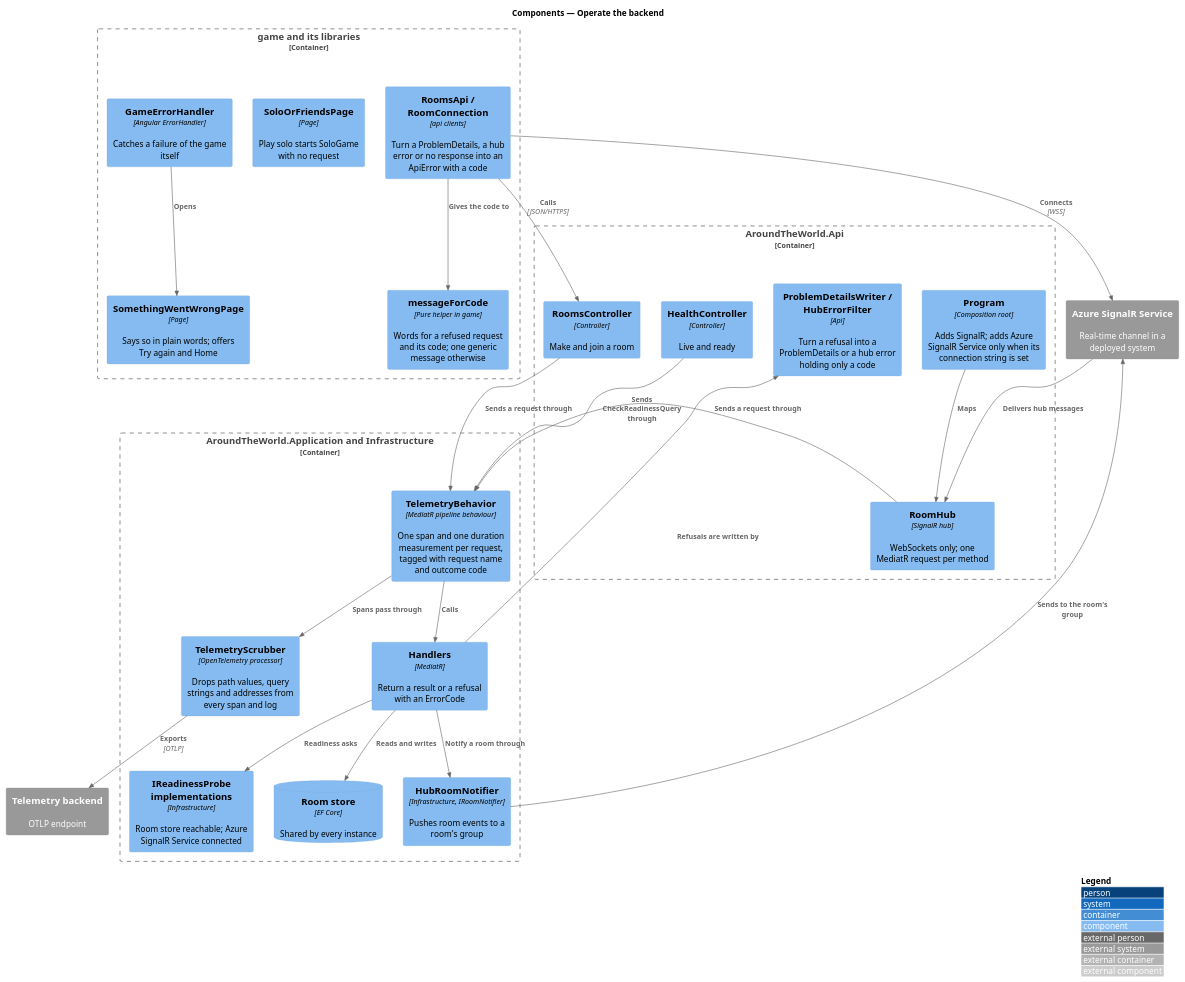
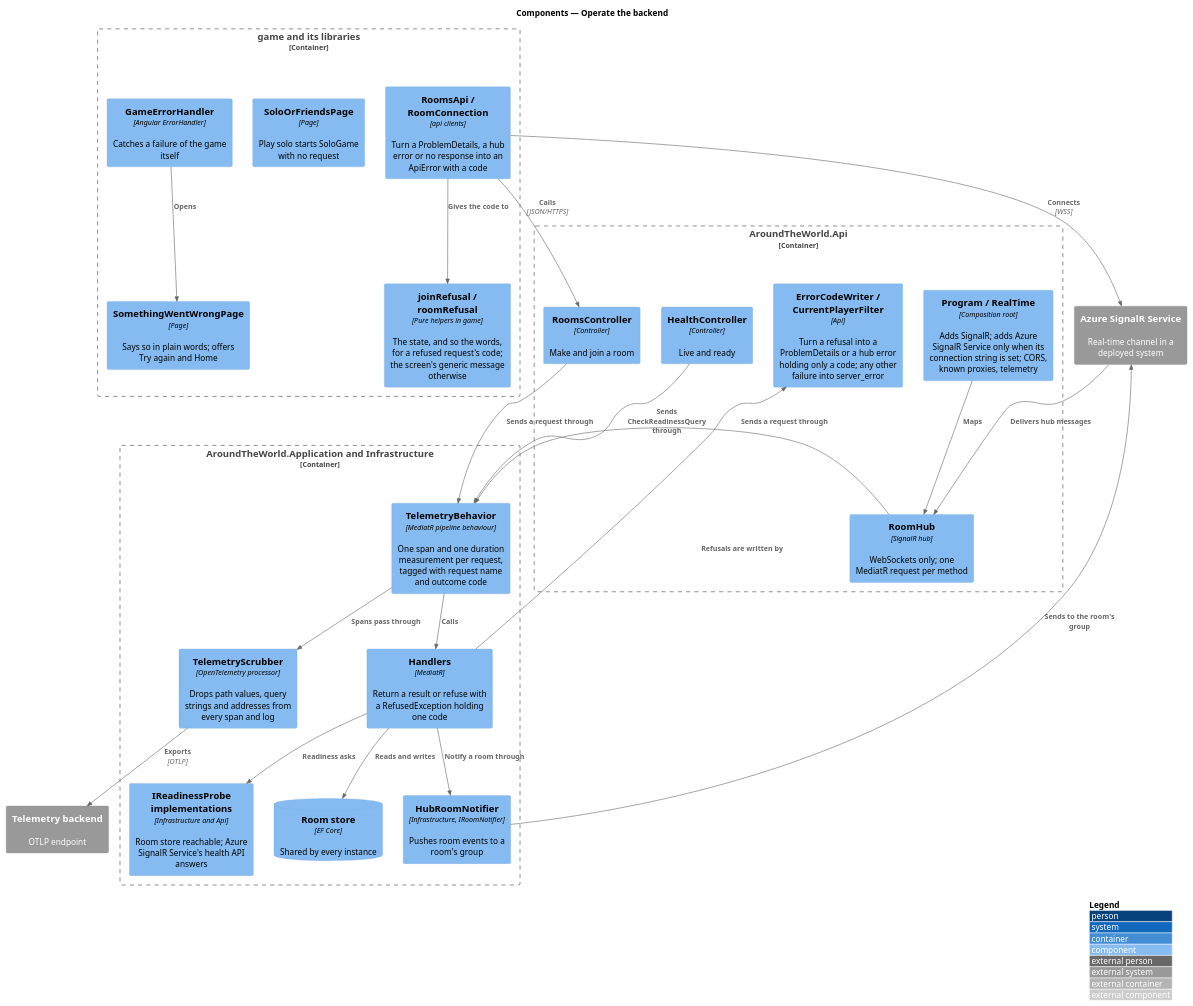
The diagram in docs/detailed-designs/platform/operate-backend/diagrams/c4-component.puml (QuinntyneBrown/around-the-world), drawn with PlantUML before and after one commit. The commit also changed 11 other files, not shown here.

First line of the commit message:
Journey 17: bring the designs and their diagrams in line with what was built

```diff
--- a/docs/detailed-designs/platform/operate-backend/diagrams/c4-component.puml
+++ b/docs/detailed-designs/platform/operate-backend/diagrams/c4-component.puml
@@ -1,47 +1,47 @@
 @startuml
 !include <C4/C4_Component>
 LAYOUT_WITH_LEGEND()
 title Components — Operate the backend
 
 System_Ext(signalr, "Azure SignalR Service", "Real-time channel in a deployed system")
 System_Ext(otel, "Telemetry backend", "OTLP endpoint")
 Container_Boundary(game, "game and its libraries") {
   Component(roomsapi, "RoomsApi / RoomConnection", "api clients", "Turn a ProblemDetails, a hub error or no response into an ApiError with a code")
-  Component(words, "messageForCode", "Pure helper in game", "Words for a refused request and its code; one generic message otherwise")
+  Component(words, "joinRefusal / roomRefusal", "Pure helpers in game", "The state, and so the words, for a refused request's code; the screen's generic message otherwise")
   Component(sof, "SoloOrFriendsPage", "Page", "Play solo starts SoloGame with no request")
   Component(handler, "GameErrorHandler", "Angular ErrorHandler", "Catches a failure of the game itself")
   Component(sww, "SomethingWentWrongPage", "Page", "Says so in plain words; offers Try again and Home")
 }
 Container_Boundary(api, "AroundTheWorld.Api") {
-  Component(program, "Program", "Composition root", "Adds SignalR; adds Azure SignalR Service only when its connection string is set")
+  Component(program, "Program / RealTime", "Composition root", "Adds SignalR; adds Azure SignalR Service only when its connection string is set; CORS, known proxies, telemetry")
   Component(ctrl, "RoomsController", "Controller", "Make and join a room")
   Component(hub, "RoomHub", "SignalR hub", "WebSockets only; one MediatR request per method")
   Component(health, "HealthController", "Controller", "Live and ready")
-  Component(problems, "ProblemDetailsWriter / HubErrorFilter", "Api", "Turn a refusal into a ProblemDetails or a hub error holding only a code")
+  Component(problems, "ErrorCodeWriter / CurrentPlayerFilter", "Api", "Turn a refusal into a ProblemDetails or a hub error holding only a code; any other failure into server_error")
 }
 Container_Boundary(app, "AroundTheWorld.Application and Infrastructure") {
   Component(telemetry, "TelemetryBehavior", "MediatR pipeline behaviour", "One span and one duration measurement per request, tagged with request name and outcome code")
-  Component(handlers, "Handlers", "MediatR", "Return a result or a refusal with an ErrorCode")
+  Component(handlers, "Handlers", "MediatR", "Return a result or refuse with a RefusedException holding one code")
   Component(notifier, "HubRoomNotifier", "Infrastructure, IRoomNotifier", "Pushes room events to a room's group")
   Component(scrub, "TelemetryScrubber", "OpenTelemetry processor", "Drops path values, query strings and addresses from every span and log")
-  Component(probes, "IReadinessProbe implementations", "Infrastructure", "Room store reachable; Azure SignalR Service connected")
+  Component(probes, "IReadinessProbe implementations", "Infrastructure and Api", "Room store reachable; Azure SignalR Service's health API answers")
   ComponentDb(store, "Room store", "EF Core", "Shared by every instance")
 }
 Rel(roomsapi, ctrl, "Calls", "JSON/HTTPS")
 Rel(roomsapi, signalr, "Connects", "WSS")
 Rel(signalr, hub, "Delivers hub messages")
 Rel(roomsapi, words, "Gives the code to")
 Rel(handler, sww, "Opens")
 Rel(program, hub, "Maps")
 Rel(ctrl, telemetry, "Sends a request through")
 Rel(hub, telemetry, "Sends a request through")
 Rel(health, telemetry, "Sends CheckReadinessQuery through")
 Rel(telemetry, handlers, "Calls")
 Rel(handlers, store, "Reads and writes")
 Rel(handlers, notifier, "Notify a room through")
 Rel(notifier, signalr, "Sends to the room's group")
 Rel(handlers, probes, "Readiness asks")
 Rel(handlers, problems, "Refusals are written by")
 Rel(telemetry, scrub, "Spans pass through")
 Rel(scrub, otel, "Exports", "OTLP")
 @enduml
```
